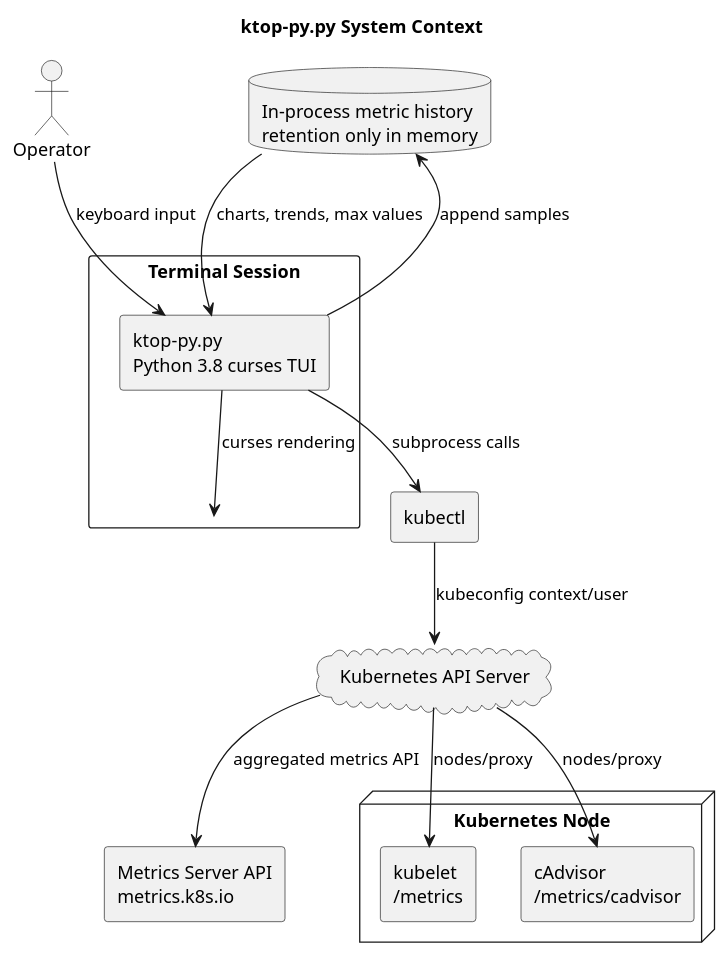
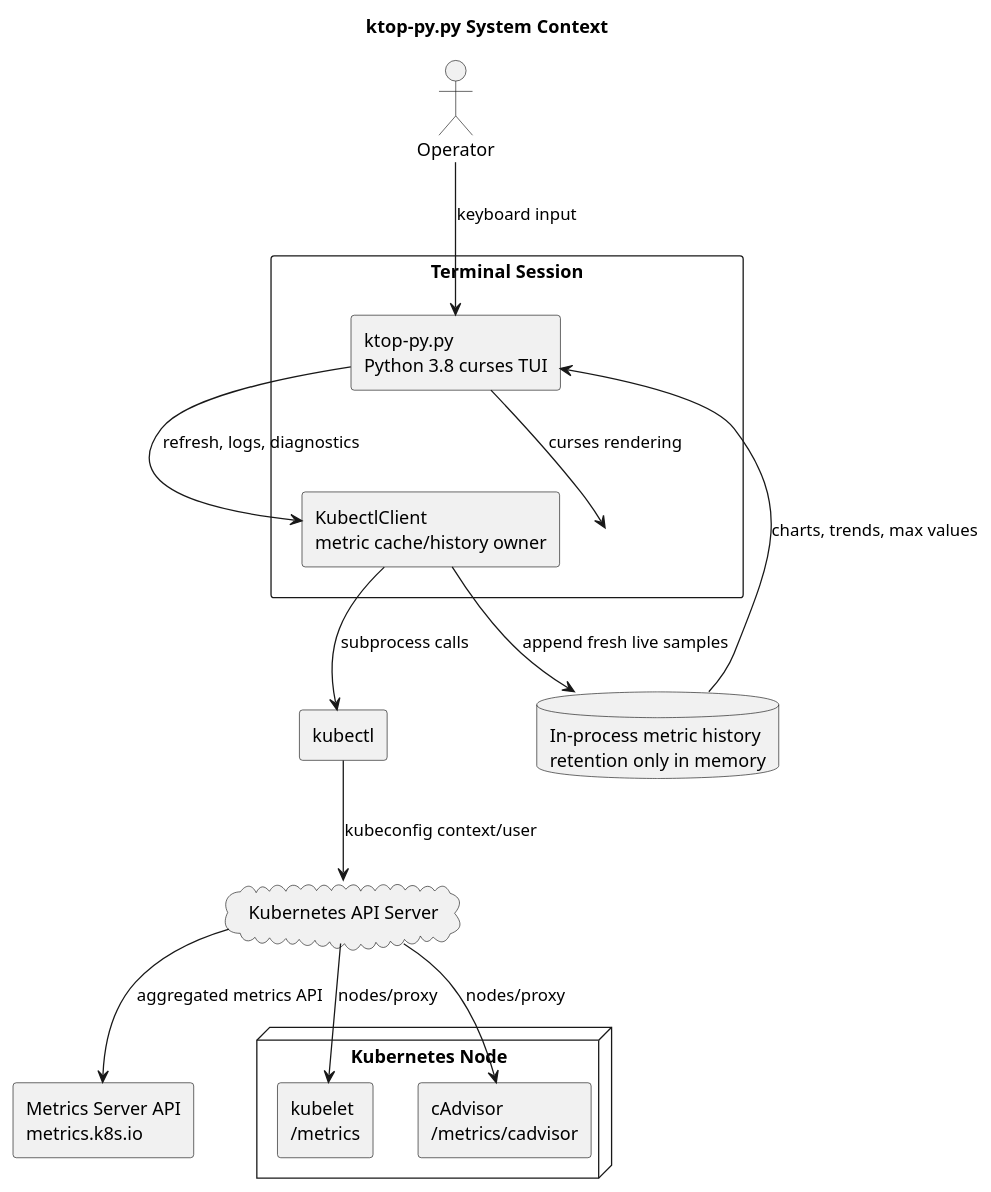
One commit to dtarasov7/ktop-py changed the diagram in diagramms/system-context.puml. Above: the diagram before and after it, drawn with PlantUML. The commit also changed 16 other files, not shown here.

```diff
--- a/diagramms/system-context.puml
+++ b/diagramms/system-context.puml
@@ -1,34 +1,36 @@
 @startuml ktop_py_system_context
 title ktop-py.py System Context
 
 skinparam backgroundColor white
 skinparam shadowing false
 skinparam componentStyle rectangle
 
 actor "Operator" as Operator
 
 rectangle "Terminal Session" as Terminal {
   component "ktop-py.py\nPython 3.8 curses TUI" as App
+  component "KubectlClient\nmetric cache/history owner" as Client
 }
 
 component "kubectl" as Kubectl
 cloud "Kubernetes API Server" as ApiServer
 component "Metrics Server API\nmetrics.k8s.io" as MetricsServer
 node "Kubernetes Node" as Node {
   component "kubelet\n/metrics" as Kubelet
   component "cAdvisor\n/metrics/cadvisor" as Cadvisor
 }
 
 database "In-process metric history\nretention only in memory" as History
 
 Operator --> App : keyboard input
 App --> Terminal : curses rendering
-App --> Kubectl : subprocess calls
+App --> Client : refresh, logs, diagnostics
+Client --> Kubectl : subprocess calls
 Kubectl --> ApiServer : kubeconfig context/user
 ApiServer --> MetricsServer : aggregated metrics API
 ApiServer --> Kubelet : nodes/proxy
 ApiServer --> Cadvisor : nodes/proxy
-App --> History : append samples
+Client --> History : append fresh live samples
 History --> App : charts, trends, max values
 
 @enduml
```
